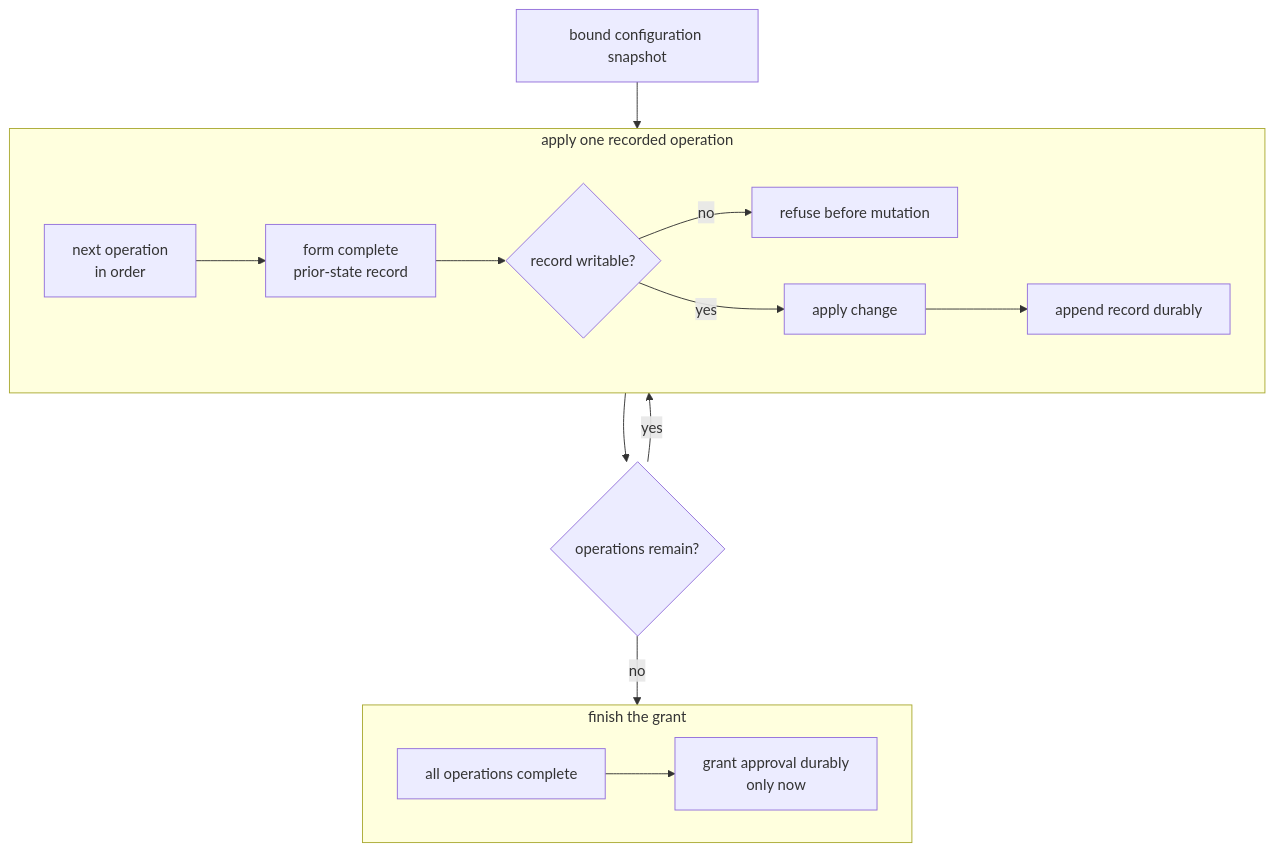
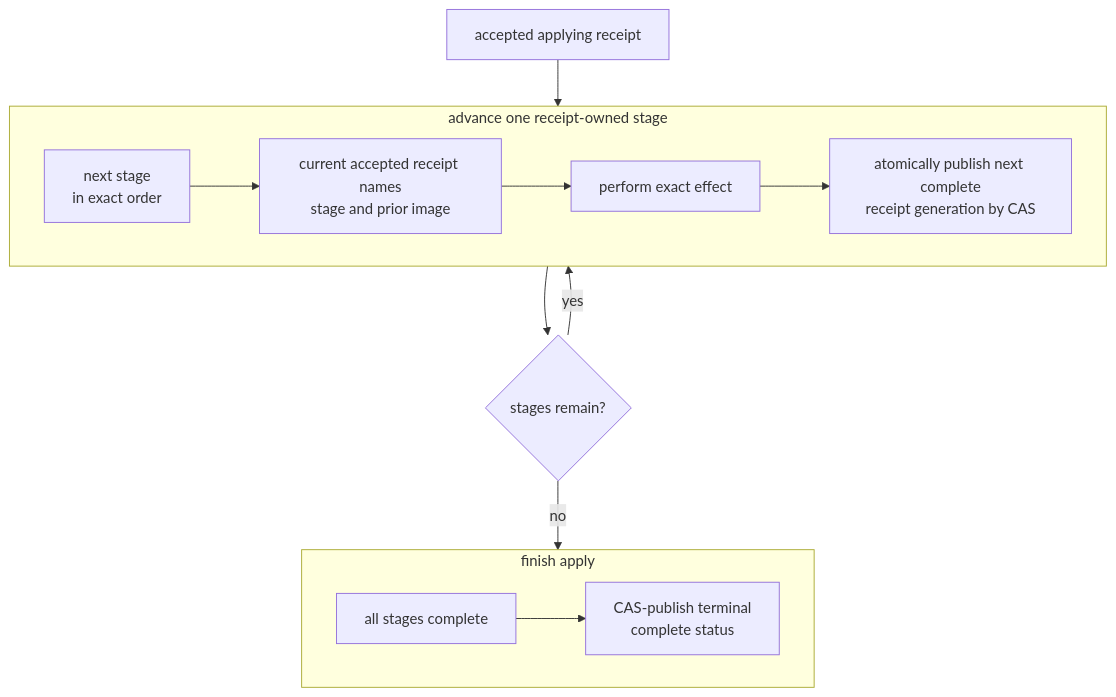
One commit to infimalabs/spice-rust changed the seventh of 10 diagrams in docs/product/planes/distribution.md. Above: the diagram before and after it, drawn with Mermaid. The commit also changed other lines of this file and 71 other files, not shown here.

````diff
--- a/docs/product/planes/distribution.md
+++ b/docs/product/planes/distribution.md
@@ -295,19 +316,17 @@
 ```mermaid
 flowchart TD
-  subgraph OPERATION["apply one recorded operation"]
+  subgraph OPERATION["advance one receipt-owned stage"]
     direction LR
-    LOOP["next operation<br/>in order"] --> REC["form complete<br/>prior-state record"]
-    REC --> W{"record writable?"}
-    W -- no --> REF["refuse before mutation"]
-    W -- yes --> MUT["apply change"]
-    MUT --> COMMIT["append record durably"]
+    LOOP["next stage<br/>in exact order"] --> OWN["current accepted receipt names<br/>stage and prior image"]
+    OWN --> MUT["perform exact effect"]
+    MUT --> CAS["atomically publish next complete<br/>receipt generation by CAS"]
   end
-  subgraph FINISH["finish the grant"]
+  subgraph FINISH["finish apply"]
     direction LR
-    DONE["all operations complete"] --> GRANT["grant approval durably<br/>only now"]
+    DONE["all stages complete"] --> TERMINAL["CAS-publish terminal<br/>complete status"]
   end
-  SNAP["bound configuration snapshot"] --> LOOP
-  COMMIT --> MORE{"operations remain?"}
+  ACCEPT["accepted applying receipt"] --> LOOP
+  CAS --> MORE{"stages remain?"}
   MORE -- yes --> LOOP
   MORE -- no --> DONE
 ```
````
